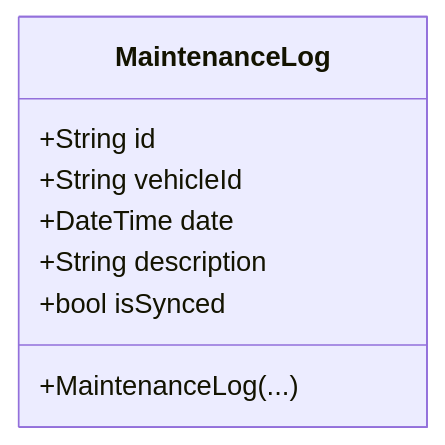
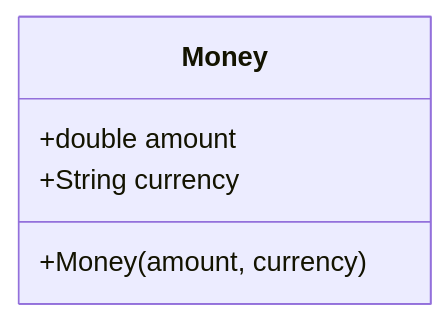
Before and after one commit to abrahdev/karter: the ninth of 13 diagrams in docs/docs/developer/mobile/app-architecture.md, drawn with Mermaid. The commit also changed other lines of this file and 3 other files, not shown here.

````diff
--- a/docs/docs/developer/mobile/app-architecture.md
+++ b/docs/docs/developer/mobile/app-architecture.md
@@ -402,11 +325,8 @@
 ```mermaid
 classDiagram
-    class MaintenanceLog {
-        +String id
-        +String vehicleId
-        +DateTime date
-        +String description
-        +bool isSynced
-        +MaintenanceLog(...)
+    class Money {
+        +double amount
+        +String currency
+        +Money(amount, currency)
     }
 ```
````
